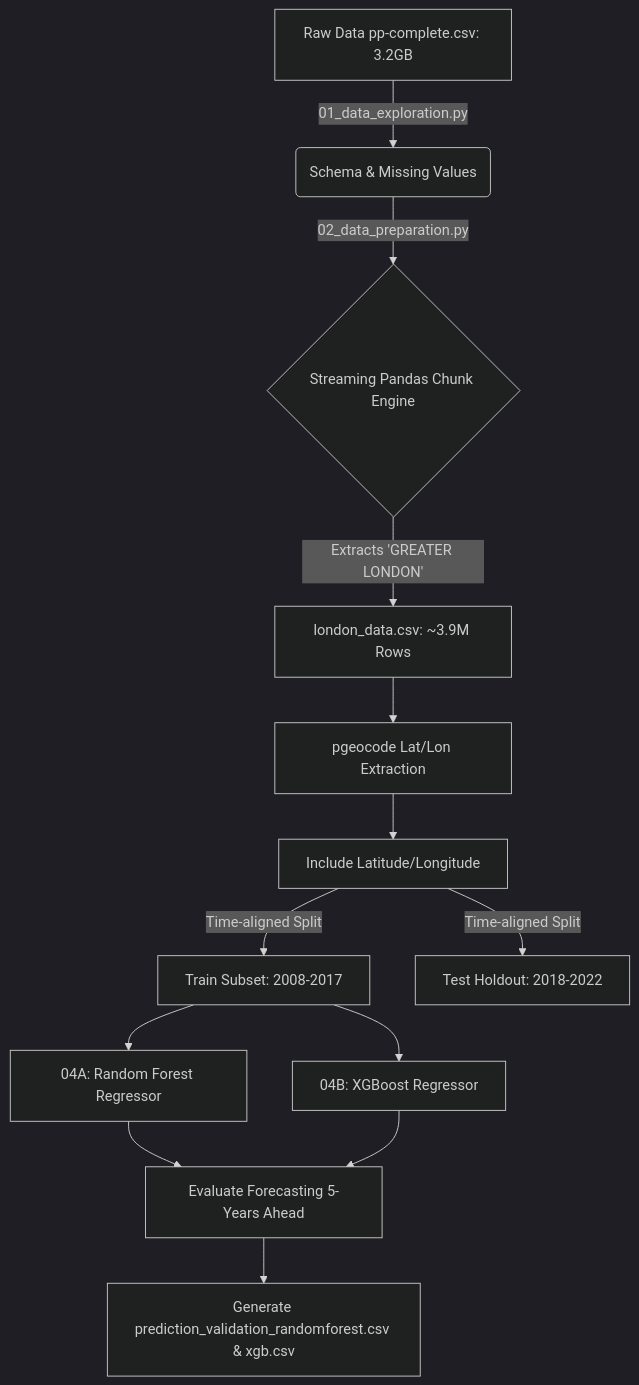
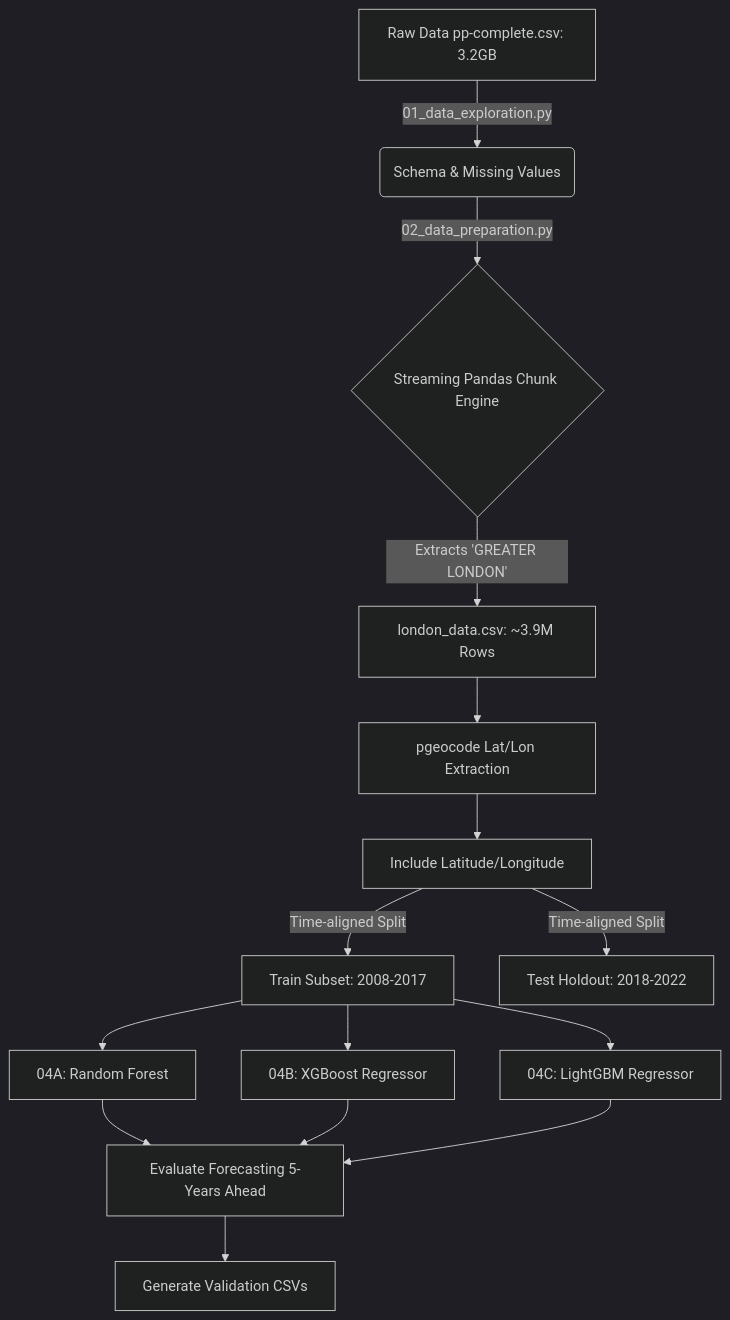
The diagram in walkthrough.md (SuyeshaMitra/Real_Estate_Demand_Estmation), drawn with Mermaid (dark theme) before and after one commit. The commit also changed other lines of this file and 3 other files, not shown here.

Commit message:
Integrated LightGBM 3-Model Geospatial Comparison pipeline with comprehensive Pros/Cons evaluation summary in README.

````diff
--- a/walkthrough.md
+++ b/walkthrough.md
@@ -11,15 +9,17 @@
 ```mermaid
 flowchart TD
     A[Raw Data pp-complete.csv: 3.2GB] -->|01_data_exploration.py| B(Schema & Missing Values)
     B -->|02_data_preparation.py| C{Streaming Pandas Chunk Engine}
     C -->|Extracts 'GREATER LONDON'| D[london_data.csv: ~3.9M Rows]
     D --> E[pgeocode Lat/Lon Extraction]
     E --> F[Include Latitude/Longitude]
     F -->|Time-aligned Split| G[Train Subset: 2008-2017]
     F -->|Time-aligned Split| H[Test Holdout: 2018-2022]
-    G --> I[04A: Random Forest Regressor]
+    G --> I[04A: Random Forest]
     G --> X[04B: XGBoost Regressor]
+    G --> L[04C: LightGBM Regressor]
     I --> K[Evaluate Forecasting 5-Years Ahead]
     X --> K
-    K --> L[Generate prediction_validation_randomforest.csv & xgb.csv]
+    L --> K
+    K --> CSV[Generate Validation CSVs]
 ```
````
